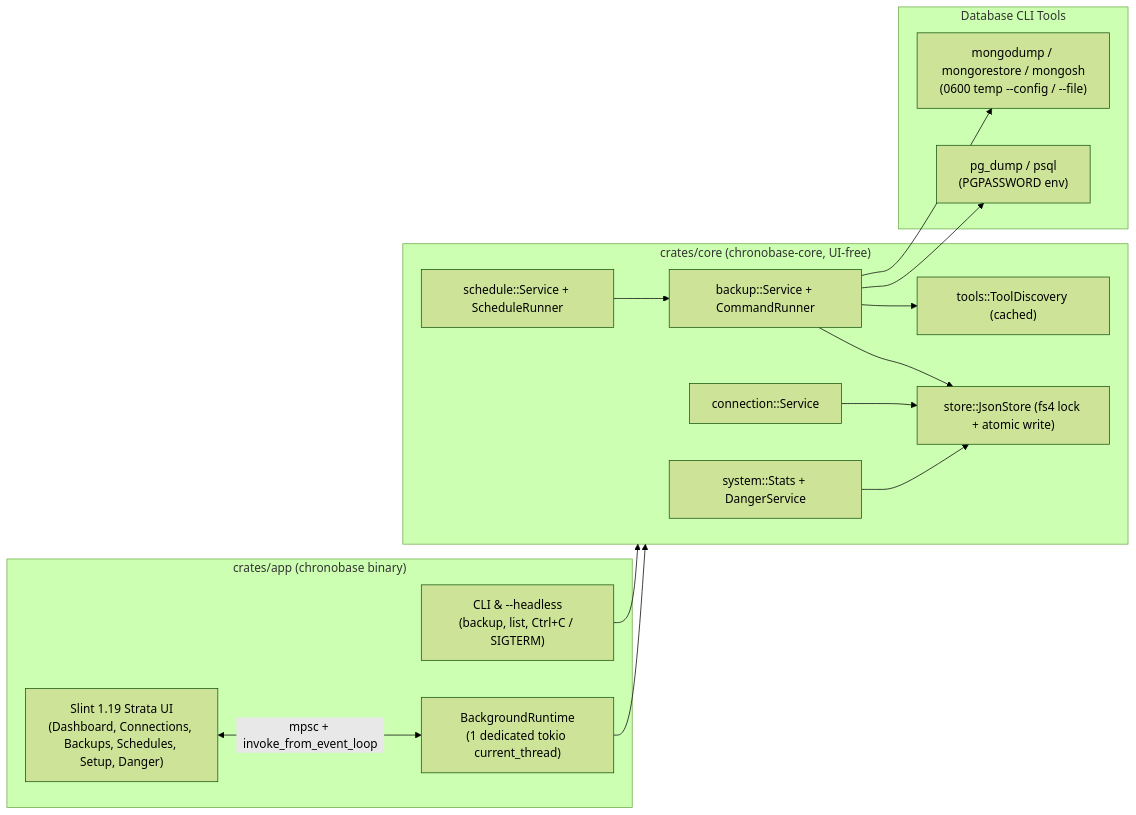
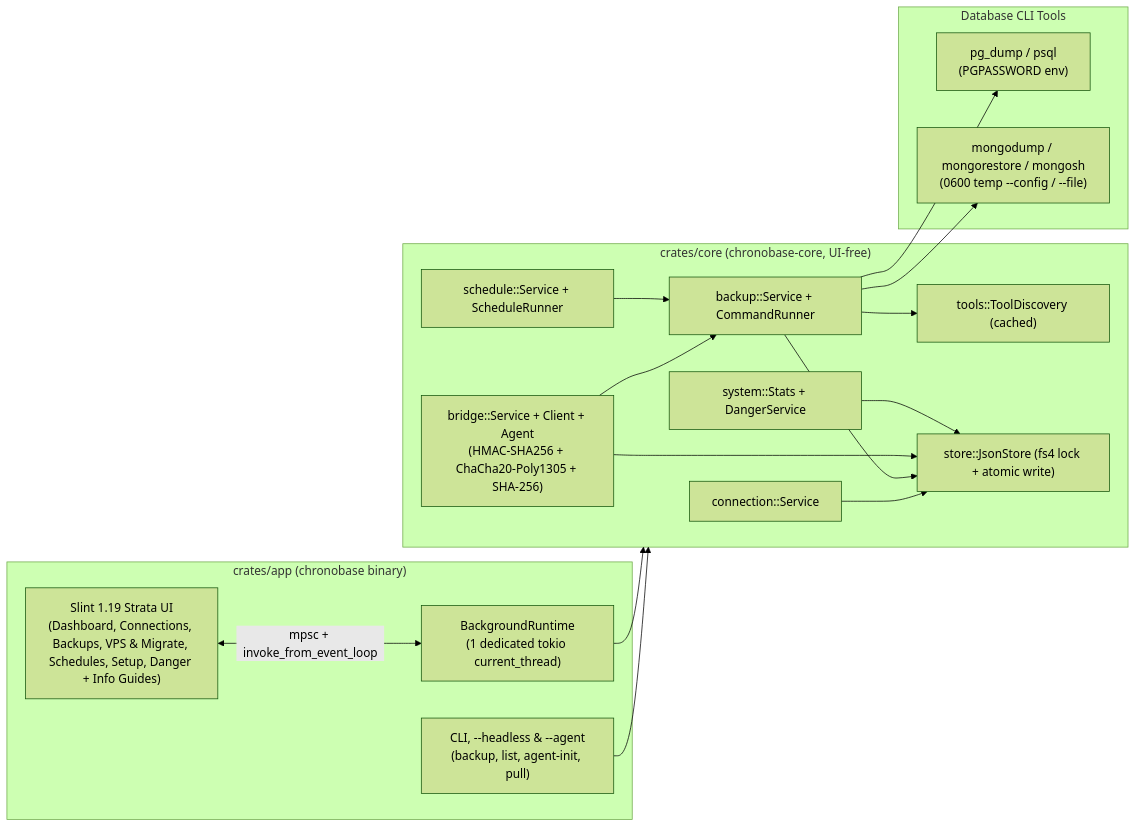
One commit to Subham-Maity/chronobase changed the diagram in README.md. Above: the diagram before and after it, drawn with Mermaid (forest theme). The commit also changed other lines of this file and 39 other files, not shown here.

Commit message:
feat(v0.2.0): add VPS pull bridge, DB-to-DB migration, Windows .exe/.msi installers, per-tab info guides, and danger layout fix

````diff
--- a/README.md
+++ b/README.md
@@ -69,33 +70,36 @@
 ```mermaid
 flowchart LR
     subgraph App["crates/app (chronobase binary)"]
-        UI["Slint 1.19 Strata UI<br/>(Dashboard, Connections, Backups, Schedules, Setup, Danger)"]
-        CLI["CLI & --headless<br/>(backup, list, Ctrl+C / SIGTERM)"]
+        UI["Slint 1.19 Strata UI<br/>(Dashboard, Connections, Backups, VPS & Migrate, Schedules, Setup, Danger + Info Guides)"]
+        CLI["CLI, --headless & --agent<br/>(backup, list, agent-init, pull)"]
         RT["BackgroundRuntime<br/>(1 dedicated tokio current_thread)"]
     end
 
     subgraph Core["crates/core (chronobase-core, UI-free)"]
         CONN["connection::Service"]
         BK["backup::Service + CommandRunner"]
+        BRIDGE["bridge::Service + Client + Agent<br/>(HMAC-SHA256 + ChaCha20-Poly1305 + SHA-256)"]
         SCHED["schedule::Service + ScheduleRunner"]
         SYS["system::Stats + DangerService"]
         TOOLS["tools::ToolDiscovery (cached)"]
         STORE["store::JsonStore (fs4 lock + atomic write)"]
     end
 
     subgraph External["Database CLI Tools"]
         PG["pg_dump / psql<br/>(PGPASSWORD env)"]
         MG["mongodump / mongorestore / mongosh<br/>(0600 temp --config / --file)"]
     end
 
     UI <-->|mpsc + invoke_from_event_loop| RT
     CLI --> Core
     RT --> Core
     CONN --> STORE
     BK --> STORE
     BK --> TOOLS
+    BRIDGE --> BK
+    BRIDGE --> STORE
     SCHED --> BK
     SYS --> STORE
     BK --> PG
     BK --> MG
 ```
````
